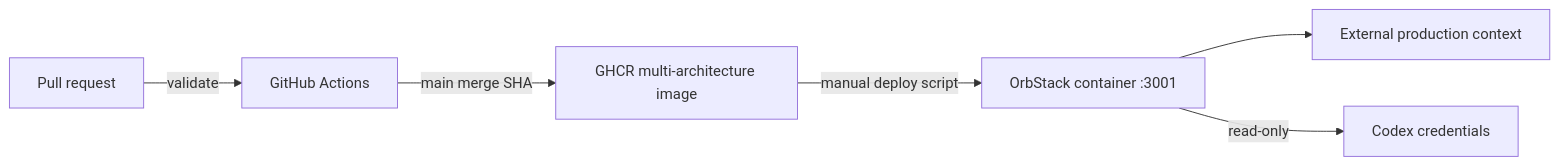
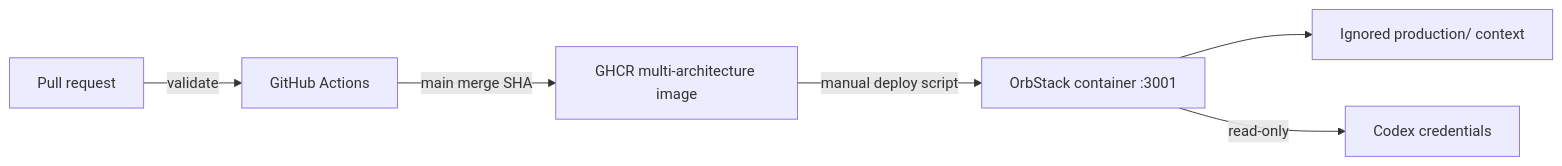
The second of 2 diagrams in docs/architecture/overview.md (paulmccallick/gig-finder), drawn with Mermaid before and after one commit. The commit also changed other lines of this file and 12 other files, not shown here.

````diff
--- a/docs/architecture/overview.md
+++ b/docs/architecture/overview.md
@@ -112,8 +112,8 @@
 ```mermaid
 flowchart LR
   PR[Pull request] -->|validate| Actions[GitHub Actions]
   Actions -->|main merge SHA| GHCR[GHCR multi-architecture image]
   GHCR -->|manual deploy script| OrbStack[OrbStack container :3001]
-  OrbStack --> Context[External production context]
+  OrbStack --> Context[Ignored production/ context]
   OrbStack -->|read-only| Codex[Codex credentials]
 ```
````
